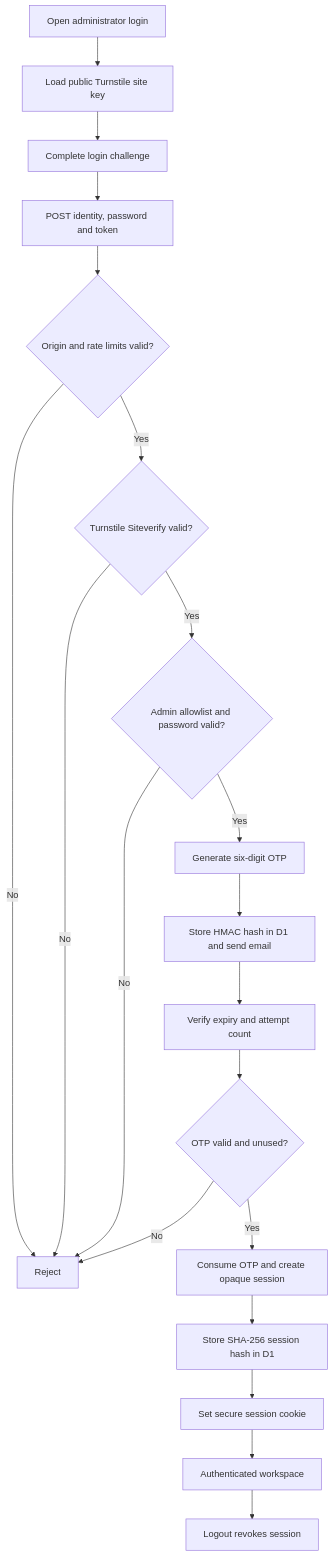
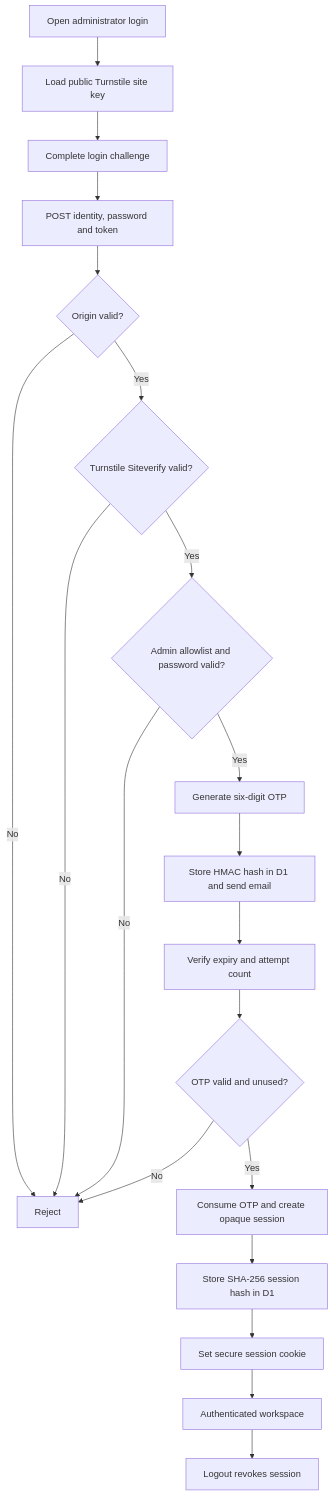
One commit to DevJel/LeadMASTER changed the seventh of 12 diagrams in README.md. Above: the diagram before and after it, drawn with Mermaid. The commit also changed other lines of this file and 9 other files, not shown here.

```diff
--- a/README.md
+++ b/README.md
@@ -450,22 +450,22 @@
 ~~~mermaid
 flowchart TD
   A[Open administrator login] --> B[Load public Turnstile site key]
   B --> C[Complete login challenge]
   C --> D[POST identity, password and token]
-  D --> E{Origin and rate limits valid?}
+  D --> E{Origin valid?}
   E -- No --> X[Reject]
   E -- Yes --> F{Turnstile Siteverify valid?}
   F -- No --> X
   F -- Yes --> G{Admin allowlist and password valid?}
   G -- No --> X
   G -- Yes --> H[Generate six-digit OTP]
   H --> I[Store HMAC hash in D1 and send email]
   I --> J[Verify expiry and attempt count]
   J --> K{OTP valid and unused?}
   K -- No --> X
   K -- Yes --> L[Consume OTP and create opaque session]
   L --> M[Store SHA-256 session hash in D1]
   M --> N[Set secure session cookie]
   N --> O[Authenticated workspace]
   O --> P[Logout revokes session]
 ~~~
```
